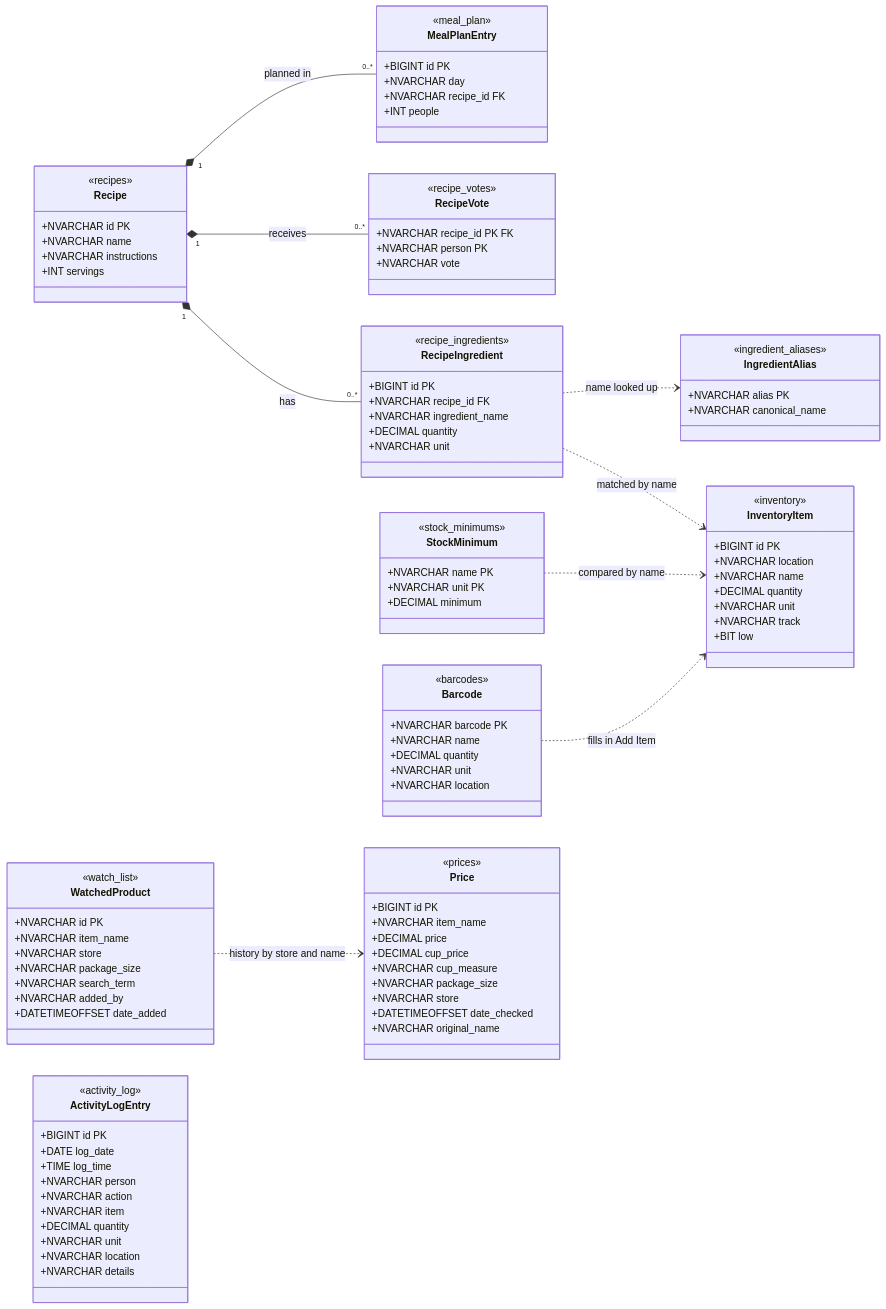
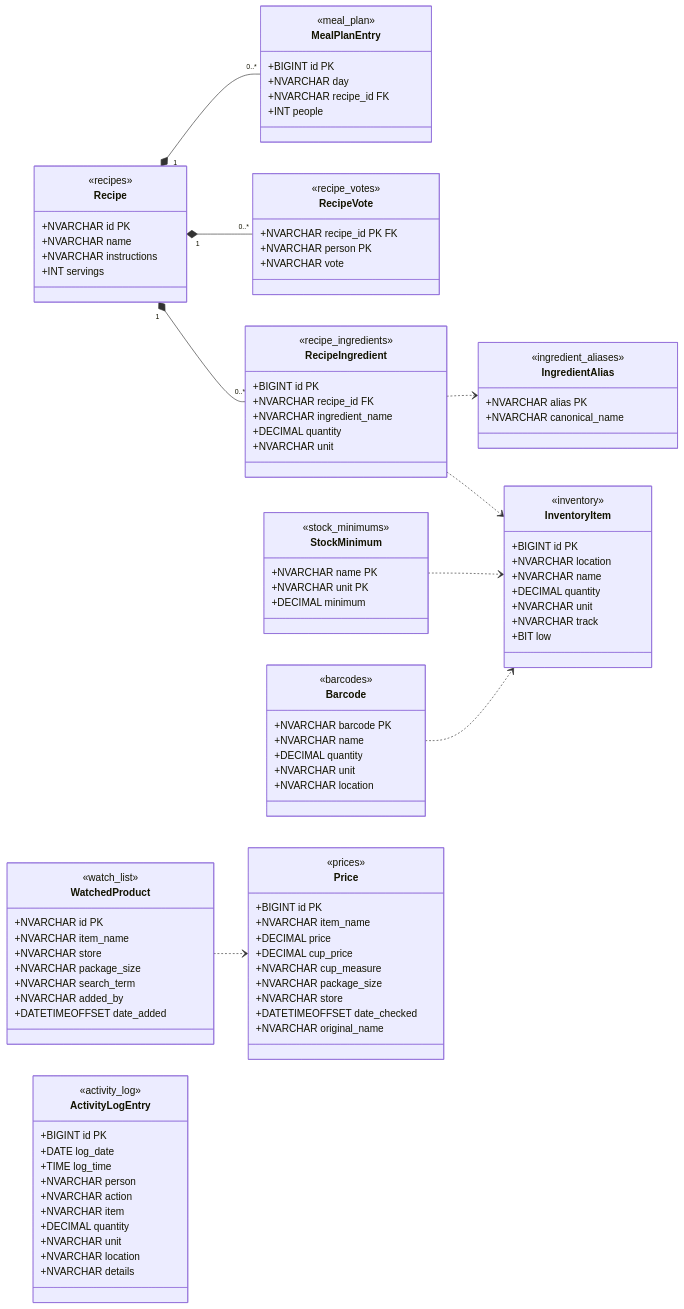
Before and after one commit to charlottesavage-NZ/Ingredients_And_Recipes: the second of 4 diagrams in docs/database-design.md, drawn with Mermaid. The commit also changed other lines of this file and 5 other files, not shown here.

Commit message:
Database design doc: unlabelled relationships, UML reading guide with pictures, full column list; phase 2 adds store, location and barcode columns

````diff
--- a/docs/database-design.md
+++ b/docs/database-design.md
@@ -225,12 +234,12 @@
         +NVARCHAR location
         +NVARCHAR details
     }
-    Recipe "1" *-- "0..*" RecipeIngredient : has
-    Recipe "1" *-- "0..*" RecipeVote : receives
-    Recipe "1" *-- "0..*" MealPlanEntry : planned in
-    RecipeIngredient ..> InventoryItem : matched by name
-    RecipeIngredient ..> IngredientAlias : name looked up
-    StockMinimum ..> InventoryItem : compared by name
-    Barcode ..> InventoryItem : fills in Add Item
-    WatchedProduct ..> Price : history by store and name
+    Recipe "1" *-- "0..*" RecipeIngredient
+    Recipe "1" *-- "0..*" RecipeVote
+    Recipe "1" *-- "0..*" MealPlanEntry
+    RecipeIngredient ..> InventoryItem
+    RecipeIngredient ..> IngredientAlias
+    StockMinimum ..> InventoryItem
+    Barcode ..> InventoryItem
+    WatchedProduct ..> Price
 ```
````
